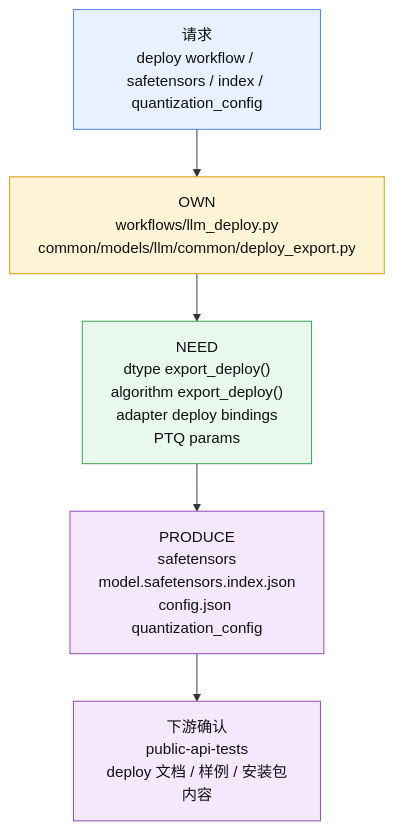
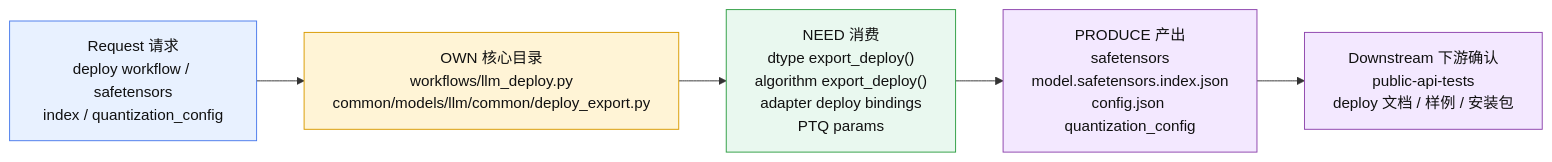
Before and after one commit to Atlas-Ascend-Fork/amct: the eighth of 11 diagrams in .agents/docs/amct-coder-module-analysis.md, drawn with Mermaid. The commit also changed other lines of this file, not shown here.

````diff
--- a/.agents/docs/amct-coder-module-analysis.md
+++ b/.agents/docs/amct-coder-module-analysis.md
@@ -241,16 +297,16 @@
 ```mermaid
-flowchart TB
-    A["请求<br/>deploy workflow / safetensors / index / quantization_config"] --> B["OWN<br/>workflows/llm_deploy.py<br/>common/models/llm/common/deploy_export.py"]
-    B --> C["NEED<br/>dtype export_deploy()<br/>algorithm export_deploy()<br/>adapter deploy bindings<br/>PTQ params"]
-    C --> D["PRODUCE<br/>safetensors<br/>model.safetensors.index.json<br/>config.json quantization_config"]
-    D --> E["下游确认<br/>public-api-tests<br/>deploy 文档 / 样例 / 安装包内容"]
+flowchart LR
+    A["Request 请求<br/>deploy workflow / safetensors<br/>index / quantization_config"] --> B["OWN 核心目录<br/>workflows/llm_deploy.py<br/>common/models/llm/common/deploy_export.py"]
+    B --> C["NEED 消费<br/>dtype export_deploy()<br/>algorithm export_deploy()<br/>adapter deploy bindings<br/>PTQ params"]
+    C --> D["PRODUCE 产出<br/>safetensors<br/>model.safetensors.index.json<br/>config.json quantization_config"]
+    D --> E["Downstream 下游确认<br/>public-api-tests<br/>deploy 文档 / 样例 / 安装包"]
 
     classDef entry fill:#e8f1ff,stroke:#4b7bec,stroke-width:1px,color:#111;
     classDef core fill:#fff4d6,stroke:#d99a00,stroke-width:1px,color:#111;
     classDef data fill:#e9f8ef,stroke:#2f9e44,stroke-width:1px,color:#111;
     classDef out fill:#f3e8ff,stroke:#8e44ad,stroke-width:1px,color:#111;
     class A entry;
     class B core;
     class C data;
     class D,E out;
 ```
````
